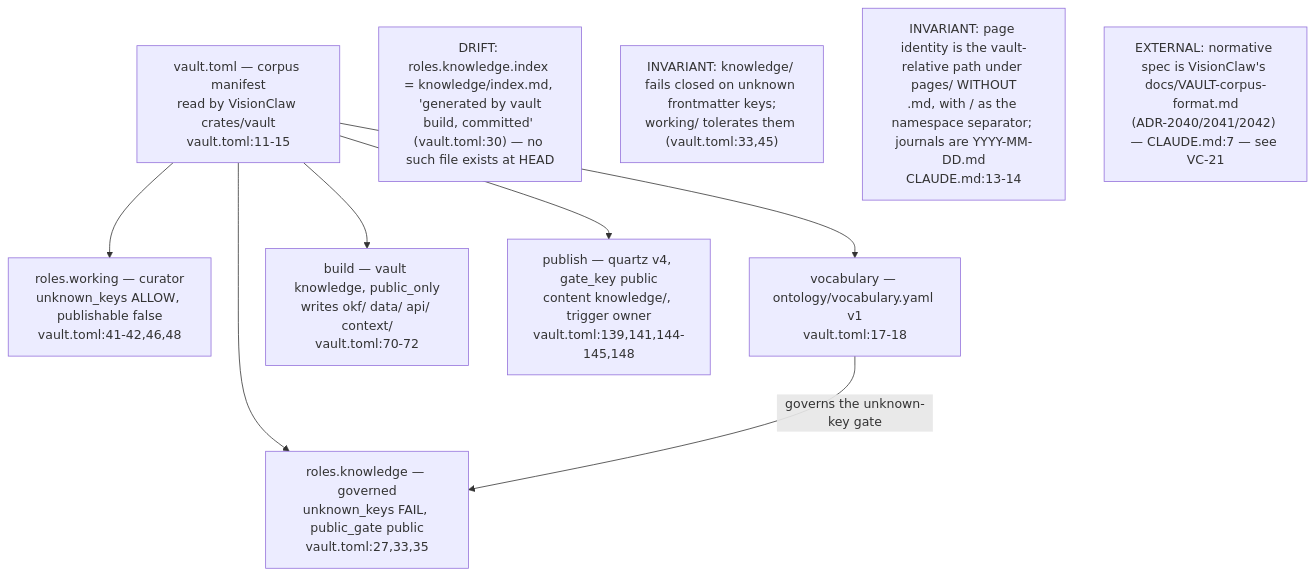
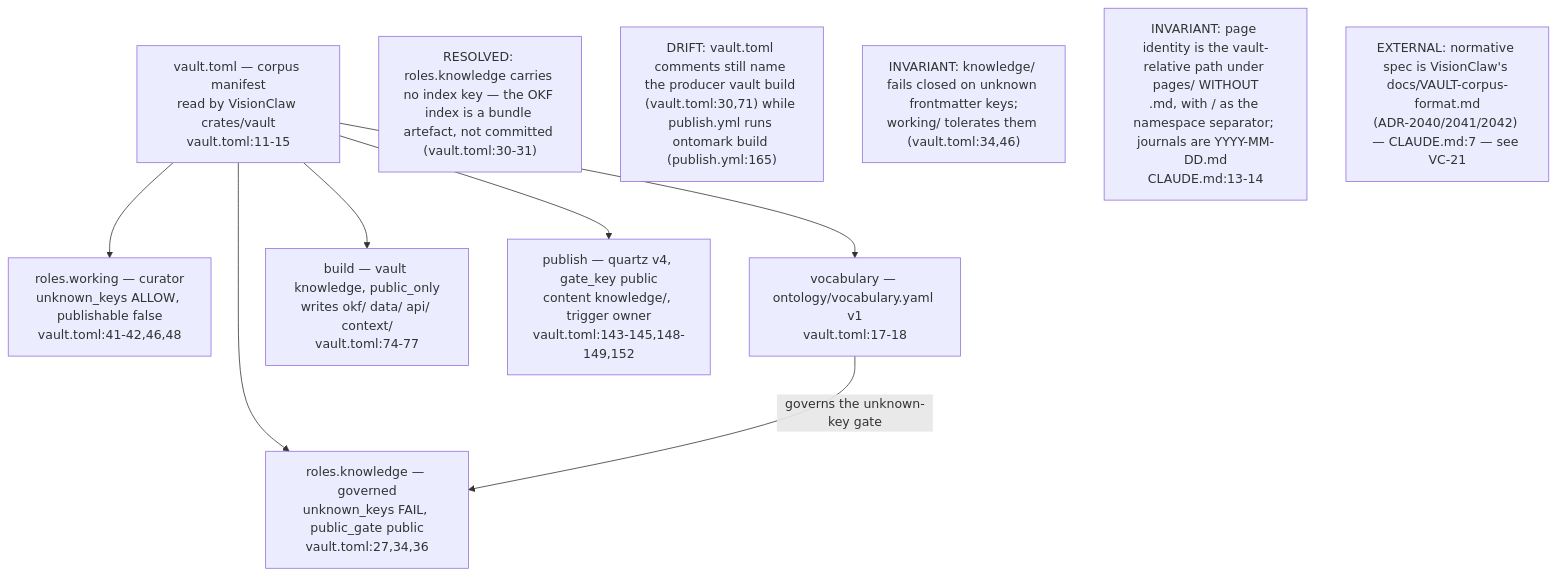
The fourth of 6 diagrams in docs/diagrams/visiongraph/01-vault-structure-and-contract.md (DreamLab-AI/VisionFlow), drawn with Mermaid before and after one commit. The commit also changed other lines of this file and 160 other files, not shown here.

````diff
--- a/docs/diagrams/visiongraph/01-vault-structure-and-contract.md
+++ b/docs/diagrams/visiongraph/01-vault-structure-and-contract.md
@@ -112,19 +114,20 @@
 ```mermaid
 flowchart TB
     MAN["vault.toml — corpus manifest<br/>read by VisionClaw crates/vault<br/>vault.toml:11-15"]
-    RK["roles.knowledge — governed<br/>unknown_keys FAIL, public_gate public<br/>vault.toml:27,33,35"]
+    RK["roles.knowledge — governed<br/>unknown_keys FAIL, public_gate public<br/>vault.toml:27,34,36"]
     RW["roles.working — curator<br/>unknown_keys ALLOW, publishable false<br/>vault.toml:41-42,46,48"]
     VOC["vocabulary — ontology/vocabulary.yaml v1<br/>vault.toml:17-18"]
-    BLD["build — vault knowledge, public_only<br/>writes okf/ data/ api/ context/<br/>vault.toml:70-72"]
-    PUB["publish — quartz v4, gate_key public<br/>content knowledge/, trigger owner<br/>vault.toml:139,141,144-145,148"]
+    BLD["build — vault knowledge, public_only<br/>writes okf/ data/ api/ context/<br/>vault.toml:74-77"]
+    PUB["publish — quartz v4, gate_key public<br/>content knowledge/, trigger owner<br/>vault.toml:143-145,148-149,152"]
     MAN --> RK
     MAN --> RW
     MAN --> VOC
     MAN --> BLD
     MAN --> PUB
     VOC -->|"governs the unknown-key gate"| RK
-    note1["DRIFT: roles.knowledge.index = knowledge#47;index.md, 'generated by vault<br/>build, committed' #40;vault.toml:30#41; — no such file exists at HEAD"]
-    note2["INVARIANT: knowledge/ fails closed on unknown frontmatter keys;<br/>working/ tolerates them #40;vault.toml:33,45#41;"]
+    note1["RESOLVED: roles.knowledge carries no index key — the OKF index is a bundle artefact, not committed #40;vault.toml:30-31#41;"]
+    note5["DRIFT: vault.toml comments still name the producer vault build #40;vault.toml:30,71#41; while publish.yml runs ontomark build #40;publish.yml:165#41;"]
+    note2["INVARIANT: knowledge/ fails closed on unknown frontmatter keys;<br/>working/ tolerates them #40;vault.toml:34,46#41;"]
     note3["INVARIANT: page identity is the vault-relative path under pages/ WITHOUT<br/>.md, with / as the namespace separator; journals are YYYY-MM-DD.md<br/>CLAUDE.md:13-14"]
     note4["EXTERNAL: normative spec is VisionClaw's docs/VAULT-corpus-format.md<br/>#40;ADR-2040/2041/2042#41; — CLAUDE.md:7 — see VC-21"]
 ```
````
